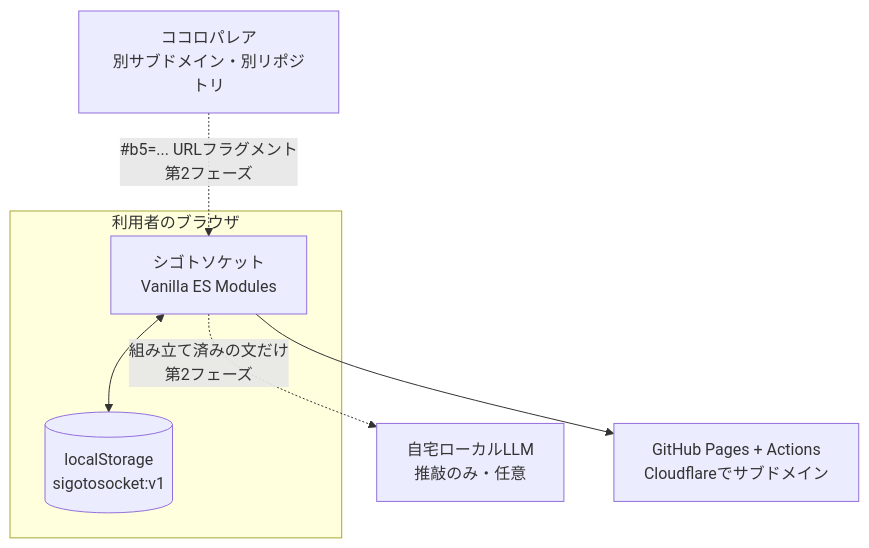
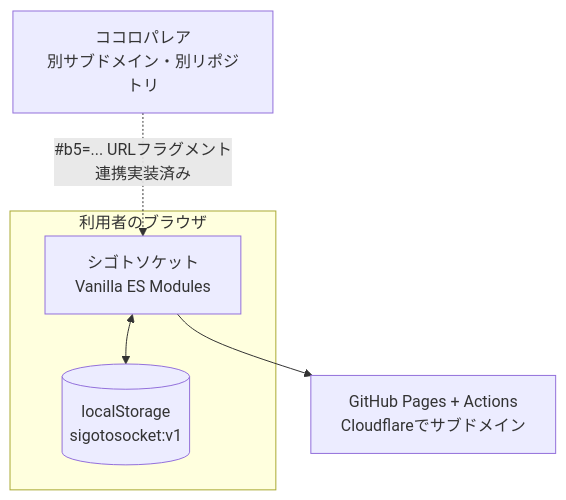
One commit to gerupon-lgtm/sigotosocket changed the diagram in 基本設計サマリ.md. Above: the diagram before and after it, drawn with Mermaid. The commit also changed other lines of this file and 30 other files, not shown here.

````diff
--- a/基本設計サマリ.md
+++ b/基本設計サマリ.md
@@ -20,13 +21,11 @@
 ```mermaid
 flowchart TB
   subgraph U["利用者のブラウザ"]
     App["シゴトソケット<br/>Vanilla ES Modules"]
     LS[("localStorage<br/>sigotosocket:v1")]
     App <--> LS
   end
   KP["ココロパレア<br/>別サブドメイン・別リポジトリ"]
-  LLM["自宅ローカルLLM<br/>推敲のみ・任意"]
-  KP -.->|"#b5=... URLフラグメント<br/>第2フェーズ"| App
-  App -.->|"組み立て済みの文だけ<br/>第2フェーズ"| LLM
+  KP -.->|"#b5=... URLフラグメント<br/>連携実装済み"| App
   App --> GHP["GitHub Pages + Actions<br/>Cloudflareでサブドメイン"]
 ```
````
